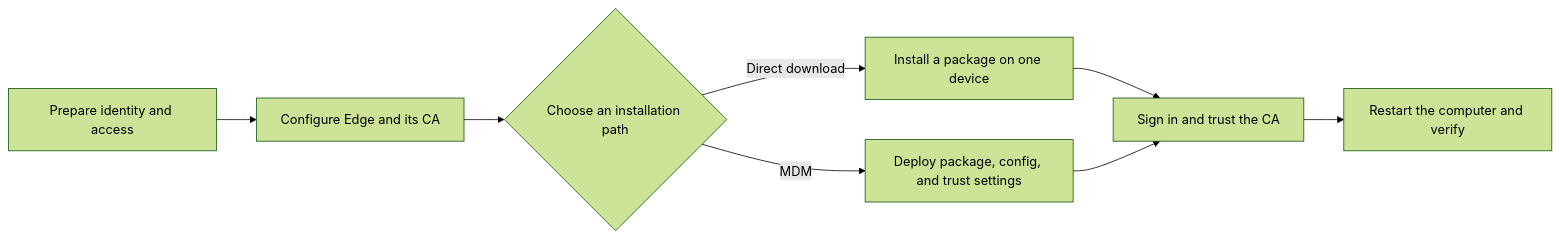
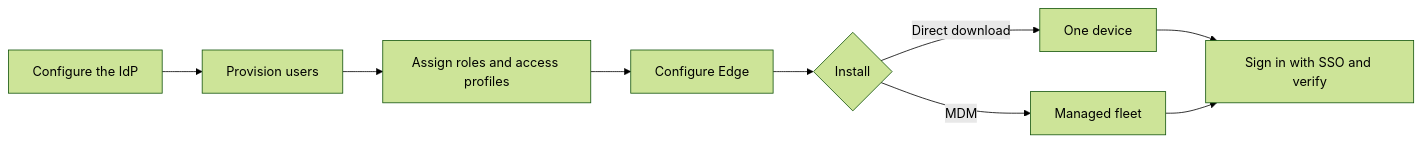
Before and after one commit to maximhq/bifrost: the diagram in docs/edge/setup.mdx, drawn with Mermaid (forest theme). The commit also changed other lines of this file and 22 other files, not shown here.

````diff
--- a/docs/edge/setup.mdx
+++ b/docs/edge/setup.mdx
@@ -9,10 +9,11 @@
 ```mermaid
 flowchart LR
-    A[Prepare identity and access] --> B[Configure Edge and its CA]
-    B --> C{Choose an installation path}
-    C -->|Direct download| D[Install a package on one device]
-    C -->|MDM| E[Deploy package, config, and trust settings]
-    D --> F[Sign in and trust the CA]
-    E --> F
-    F --> G[Restart the computer and verify]
+    A[Configure the IdP] --> B[Provision users]
+    B --> C[Assign roles and access profiles]
+    C --> D[Configure Edge]
+    D --> E{Install}
+    E -->|Direct download| F[One device]
+    E -->|MDM| G[Managed fleet]
+    F --> H[Sign in with SSO and verify]
+    G --> H
 ```
````
